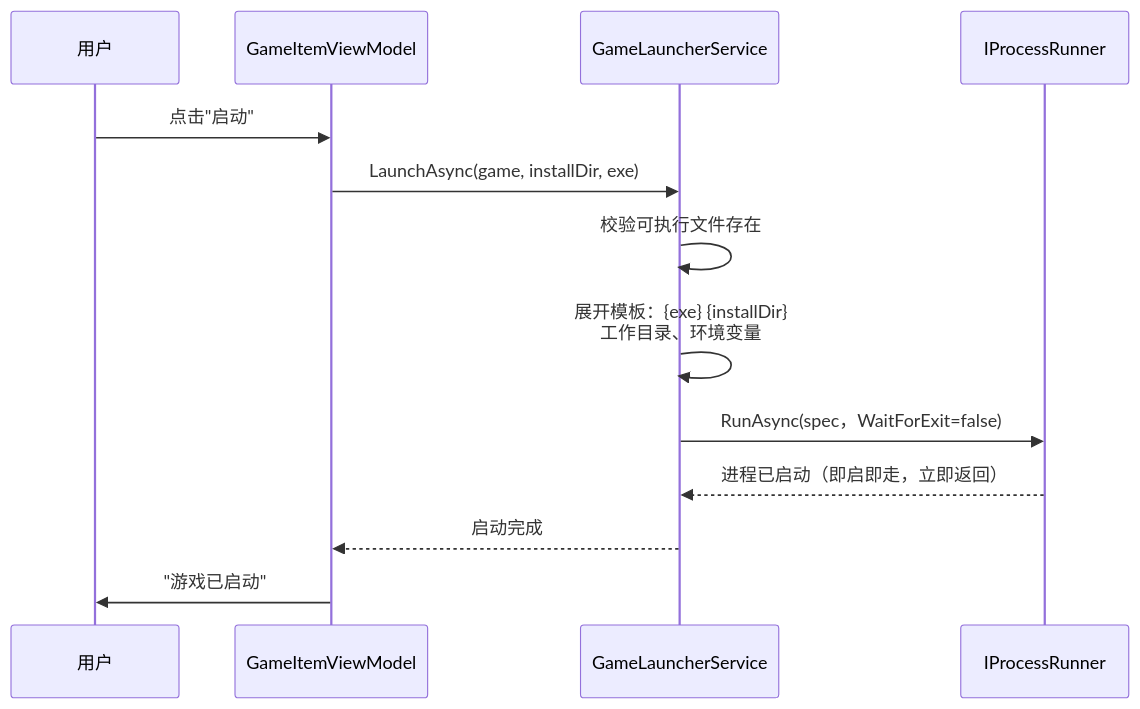
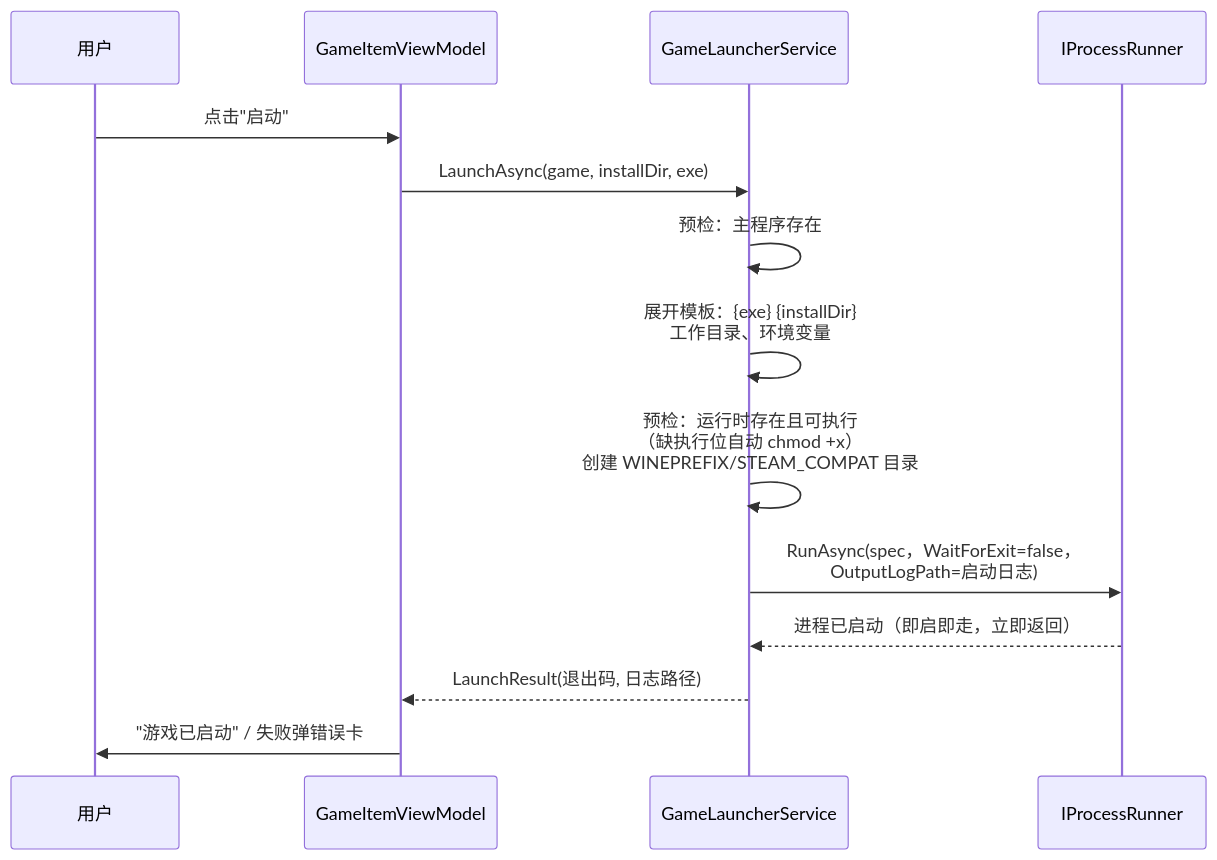
Before and after one commit to AngelBeats-Kanade/YetAnotherGameLauncher: the second of 7 diagrams in docs/ARCHITECTURE.md, drawn with Mermaid. The commit also changed other lines of this file and 6 other files, not shown here.

````diff
--- a/docs/ARCHITECTURE.md
+++ b/docs/ARCHITECTURE.md
@@ -87,16 +87,17 @@
 ```mermaid
 sequenceDiagram
     participant U as 用户
     participant VM as GameItemViewModel
     participant LS as GameLauncherService
     participant PR as IProcessRunner
 
     U->>VM: 点击"启动"
     VM->>LS: LaunchAsync(game, installDir, exe)
-    LS->>LS: 校验可执行文件存在
+    LS->>LS: 预检：主程序存在
     LS->>LS: 展开模板：{exe} {installDir}<br/>工作目录、环境变量
-    LS->>PR: RunAsync(spec，WaitForExit=false)
+    LS->>LS: 预检：运行时存在且可执行<br/>（缺执行位自动 chmod +x）<br/>创建 WINEPREFIX/STEAM_COMPAT 目录
+    LS->>PR: RunAsync(spec，WaitForExit=false，<br/>OutputLogPath=启动日志)
     PR-->>LS: 进程已启动（即启即走，立即返回）
-    LS-->>VM: 启动完成
-    VM->>U: "游戏已启动"
+    LS-->>VM: LaunchResult(退出码, 日志路径)
+    VM->>U: "游戏已启动" / 失败弹错误卡
 ```
````
